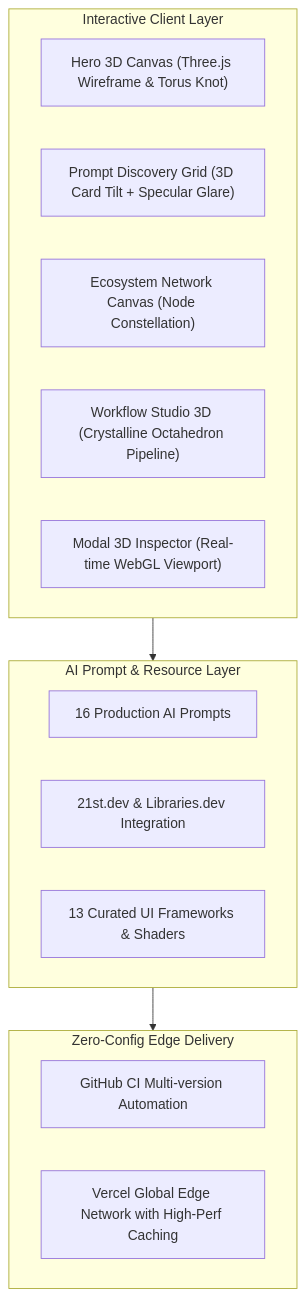
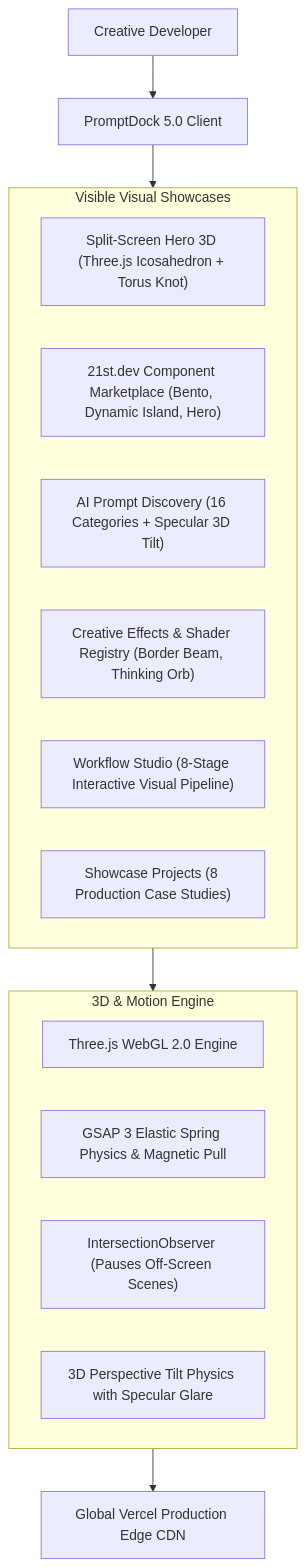
One commit to kalyan870/promptdock changed the diagram in README.md. Above: the diagram before and after it, drawn with Mermaid. The commit also changed other lines of this file and 40 other files, not shown here.

Commit message:
feat(5.0): release PromptDock 5.0 with visible section showcases, 21st.dev marketplace, Libraries.dev FX registry, 53 SVG assets, and docs suite

````diff
--- a/README.md
+++ b/README.md
@@ -21,24 +30,24 @@
 ```mermaid
-flowchart TD
-    subgraph Client_Experience [Interactive Client Layer]
-        A["Hero 3D Canvas (Three.js Wireframe & Torus Knot)"]
-        B["Prompt Discovery Grid (3D Card Tilt + Specular Glare)"]
-        C["Ecosystem Network Canvas (Node Constellation)"]
-        D["Workflow Studio 3D (Crystalline Octahedron Pipeline)"]
-        E["Modal 3D Inspector (Real-time WebGL Viewport)"]
+graph TD
+    User["Creative Developer"] --> Client["PromptDock 5.0 Client"]
+    
+    subgraph Showcase ["Visible Visual Showcases"]
+      Hero3D["Split-Screen Hero 3D (Three.js Icosahedron + Torus Knot)"]
+      Comp21["21st.dev Component Marketplace (Bento, Dynamic Island, Hero)"]
+      Prompts16["AI Prompt Discovery (16 Categories + Specular 3D Tilt)"]
+      LibFX["Creative Effects & Shader Registry (Border Beam, Thinking Orb)"]
+      WorkFlow["Workflow Studio (8-Stage Interactive Visual Pipeline)"]
+      CaseStudies["Showcase Projects (8 Production Case Studies)"]
     end
-
-    subgraph AI_Ecosystem [AI Prompt & Resource Layer]
-        F["16 Production AI Prompts"]
-        G["21st.dev & Libraries.dev Integration"]
-        H["13 Curated UI Frameworks & Shaders"]
+    
+    subgraph Engine ["3D & Motion Engine"]
+      WebGL2["Three.js WebGL 2.0 Engine"]
+      GSAPMotion["GSAP 3 Elastic Spring Physics & Magnetic Pull"]
+      Intersection["IntersectionObserver (Pauses Off-Screen Scenes)"]
+      TiltEngine["3D Perspective Tilt Physics with Specular Glare"]
     end
-
-    subgraph Deployment [Zero-Config Edge Delivery]
-        I["GitHub CI Multi-version Automation"]
-        J["Vercel Global Edge Network with High-Perf Caching"]
-    end
-
-    Client_Experience --> AI_Ecosystem
-    AI_Ecosystem --> Deployment
+    
+    Client --> Showcase
+    Showcase --> Engine
+    Engine --> Vercel["Global Vercel Production Edge CDN"]
 ```
````
